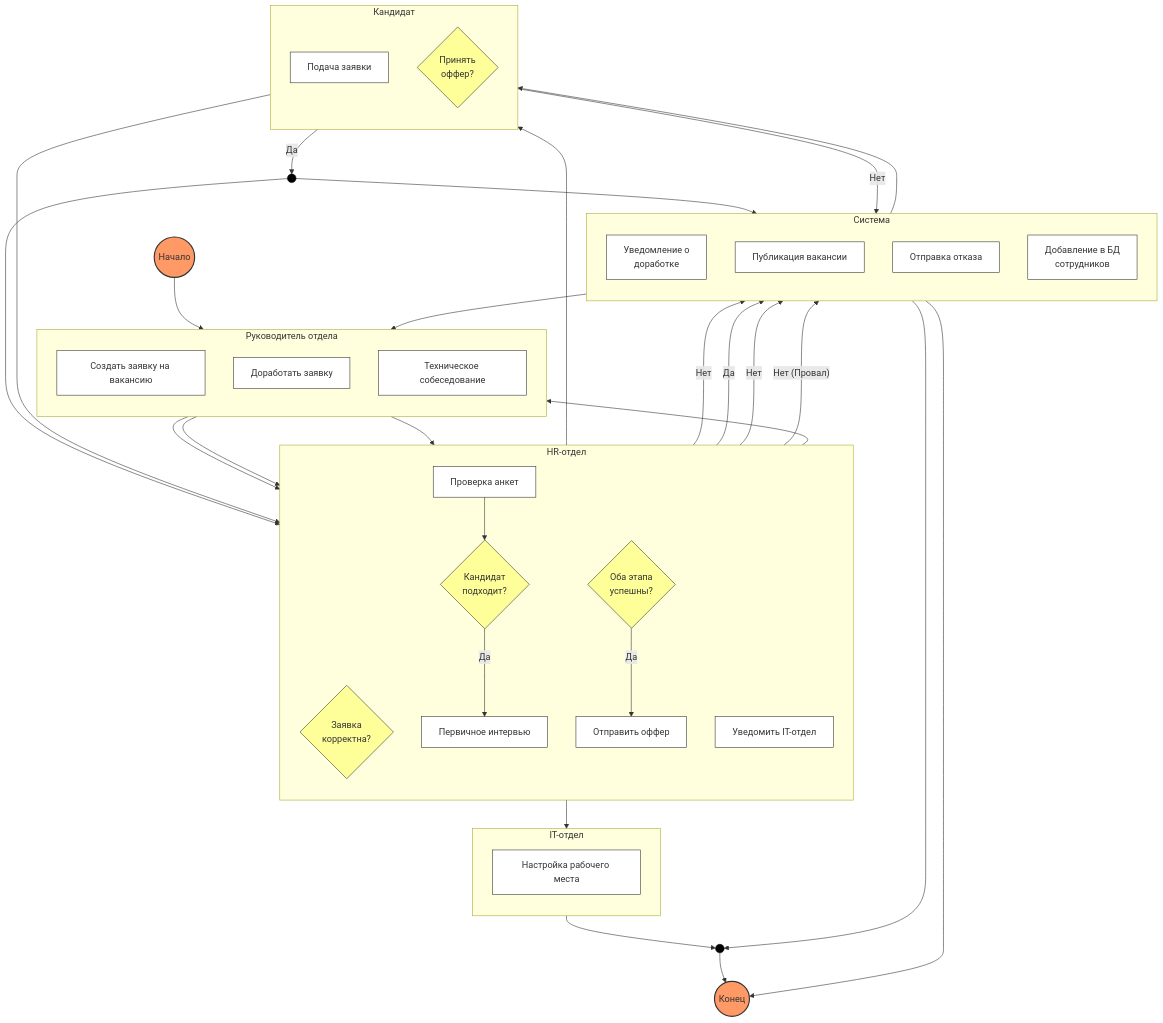
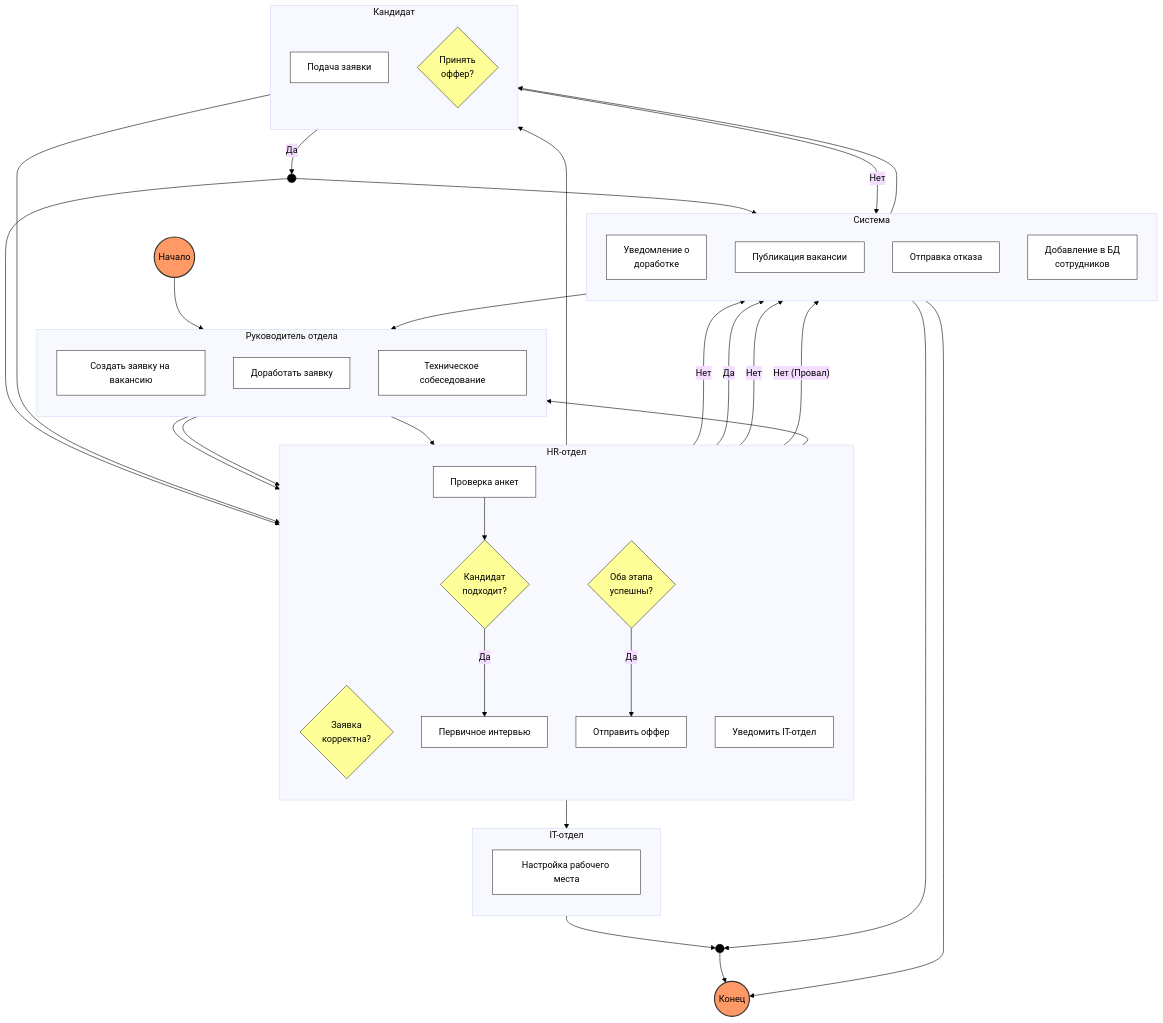
The diagram in M12Lab1.md (dsasadsz/-), drawn with Mermaid before and after one commit. The commit also changed other lines of this file, not shown here.

````diff
--- a/M12Lab1.md
+++ b/M12Lab1.md
@@ -18,4 +19,5 @@
 ```mermaid
+%%{init: {'theme': 'base', 'themeVariables': { 'primaryTextColor': '#000000', 'textColor': '#000000', 'lineColor': '#000000'}}}%%
 graph TD
     %%  СТИЛИЗАЦИЯ
     classDef startend fill:#f96,stroke:#333,stroke-width:2px,rx:10,ry:10;
````
